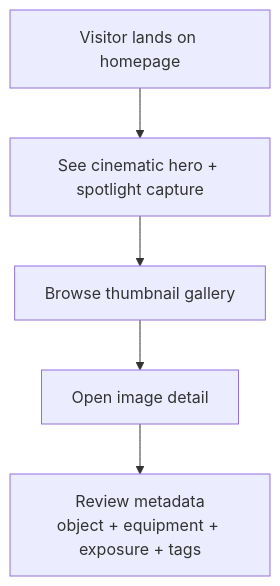
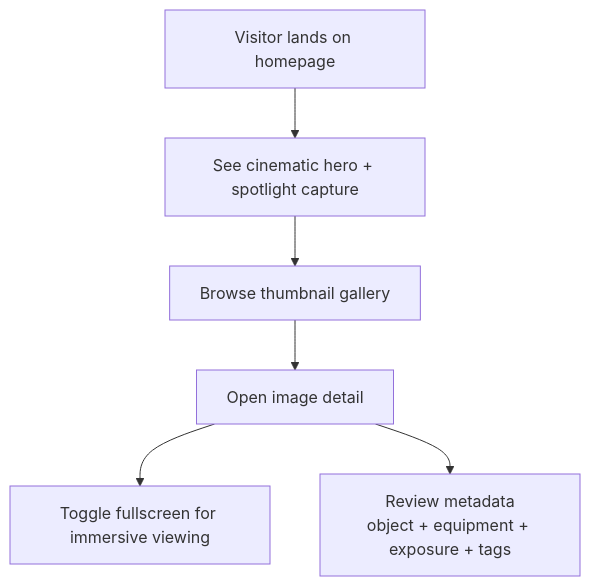
Before and after one commit to smeird/images: the first of 3 diagrams in README.md, drawn with Mermaid. The commit also changed other lines of this file and 3 other files, not shown here.

````diff
--- a/README.md
+++ b/README.md
@@ -110,7 +111,8 @@
 ```mermaid
 flowchart TD
   A[Visitor lands on homepage] --> B[See cinematic hero + spotlight capture]
   B --> C[Browse thumbnail gallery]
   C --> D[Open image detail]
-  D --> E[Review metadata\nobject + equipment + exposure + tags]
+  D --> E[Toggle fullscreen for immersive viewing]
+  D --> F[Review metadata\nobject + equipment + exposure + tags]
 ```
````
